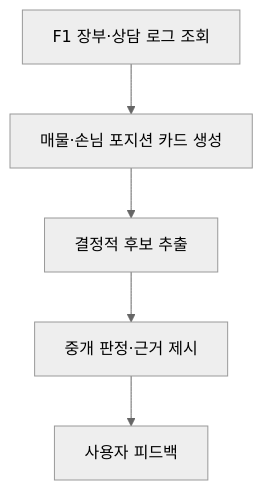
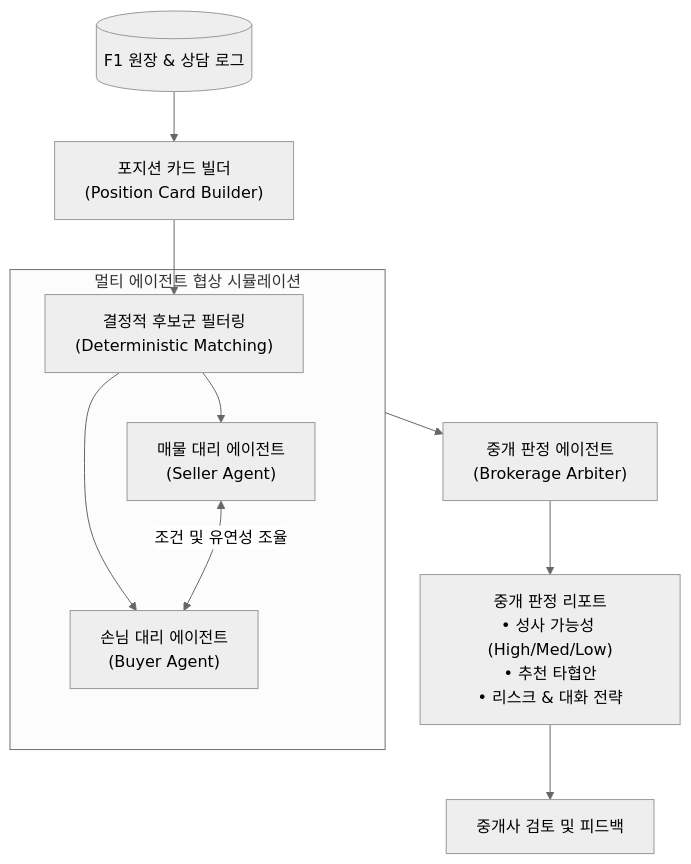
Before and after one commit to SKNETWORKS-FAMILY-AICAMP/SKN30-FINAL-3Team: the second of 3 diagrams in README.md, drawn with Mermaid (neutral theme). The commit also changed other lines of this file and 5 other files, not shown here.

````diff
--- a/README.md
+++ b/README.md
@@ -51,7 +71,15 @@
 ```mermaid
-flowchart TB
-    A["F1 장부·상담 로그 조회"] --> B["매물·손님 포지션 카드 생성"]
-    B --> C["결정적 후보 추출"]
-    C --> D["중개 판정·근거 제시"]
-    D --> E["사용자 피드백"]
+flowchart TD
+    A[("F1 원장 & 상담 로그")] --> B["포지션 카드 빌더<br/>(Position Card Builder)"]
+    B --> C["결정적 후보군 필터링<br/>(Deterministic Matching)"]
+    
+    subgraph MultiAgent["멀티 에이전트 협상 시뮬레이션"]
+        C --> D["매물 대리 에이전트<br/>(Seller Agent)"]
+        C --> E["손님 대리 에이전트<br/>(Buyer Agent)"]
+        D <-->|조건 및 유연성 조율| E
+    end
+    
+    MultiAgent --> F["중개 판정 에이전트<br/>(Brokerage Arbiter)"]
+    F --> G["중개 판정 리포트<br/>• 성사 가능성 (High/Med/Low)<br/>• 추천 타협안<br/>• 리스크 & 대화 전략"]
+    G --> H["중개사 검토 및 피드백"]
 ```
````
